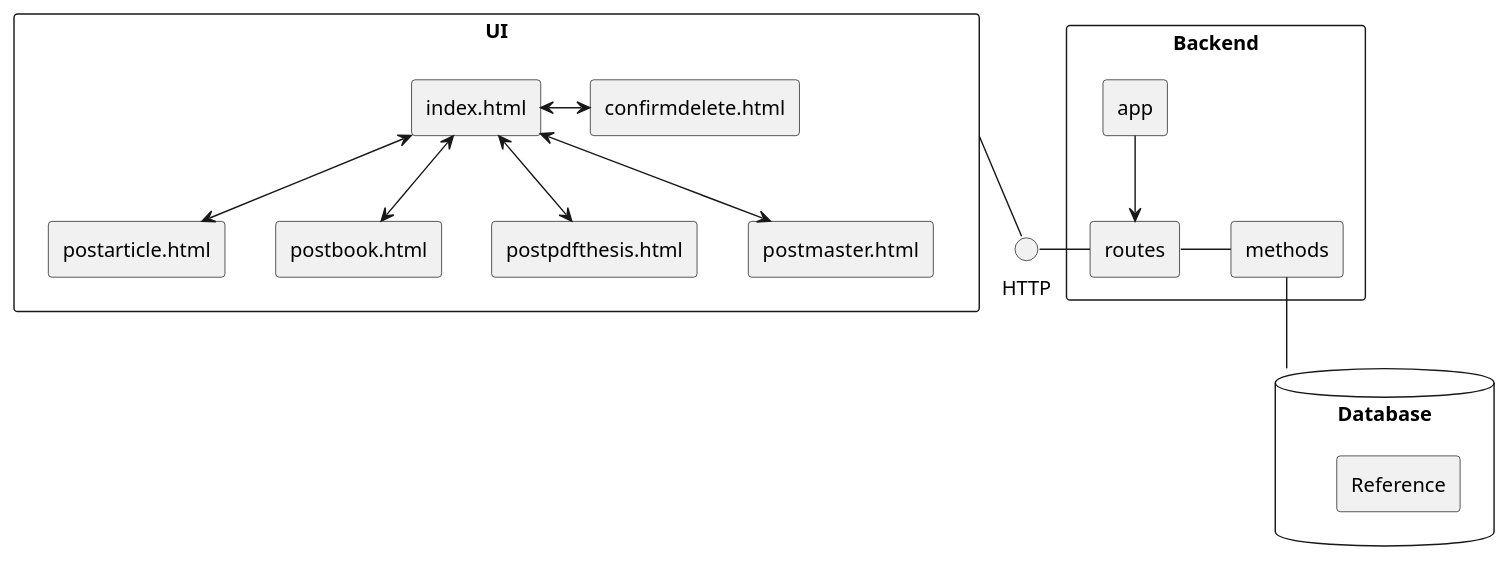
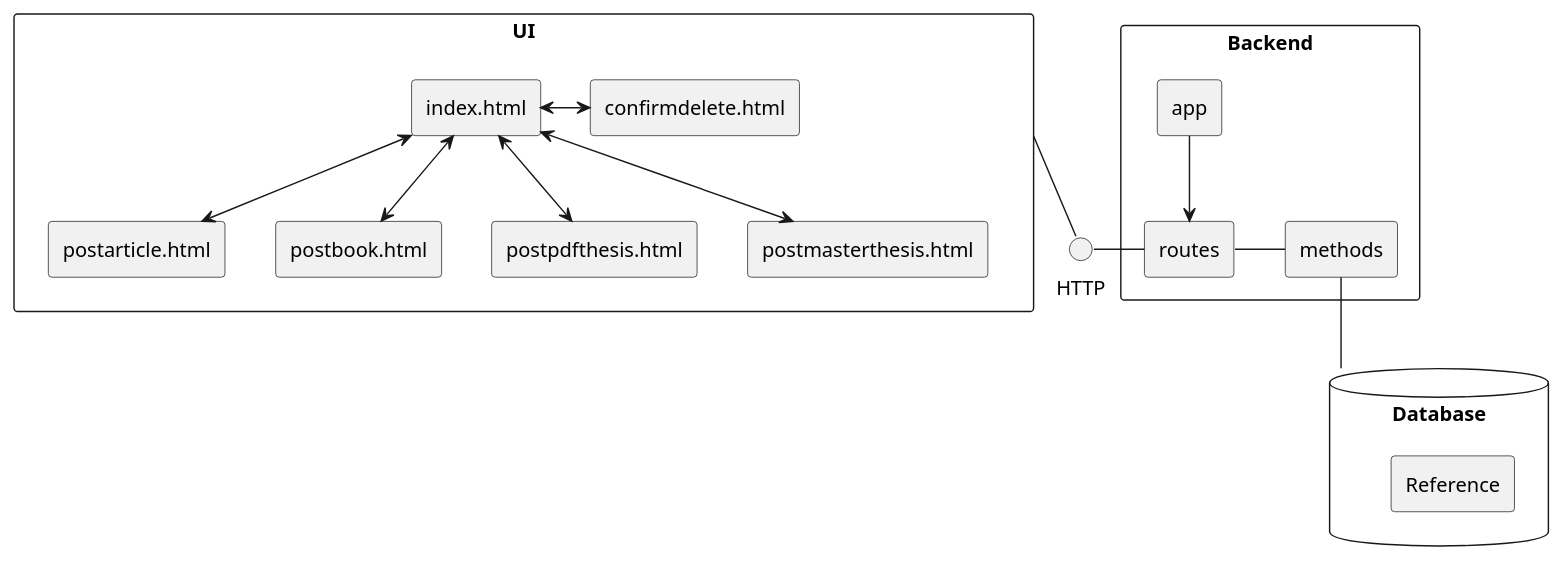
The diagram in doc/architecture.puml (thefakejj/miniprojekti), drawn with PlantUML before and after one commit. The commit also changed 12 other files, not shown here.

```diff
--- a/doc/architecture.puml
+++ b/doc/architecture.puml
@@ -1,43 +1,43 @@
 @startuml
 rectangle "UI" {  
     rectangle "index.html"    
     rectangle "postarticle.html"    
     rectangle "postbook.html"
     rectangle "postpdfthesis.html"
-    rectangle "postmaster.html"    
+    rectangle "postmasterthesis.html"    
     rectangle "confirmdelete.html"
     'rectangle "error.html"
 }
 
 rectangle "Backend" {
     rectangle "app"
     rectangle "routes"
     rectangle "methods"
 }
 
 database "Database" {
     rectangle "Reference"
 }
 
 interface HTTP
 
 index.html <--> postarticle.html
 index.html <--> postbook.html
 index.html <--> postpdfthesis.html
-index.html <--> postmaster.html
+index.html <--> postmasterthesis.html
 index.html <-right-> confirmdelete.html
 'postbook.html <--> error.html  
-'postmaster.html <--> error.html
+'postmasterthesis.html <--> error.html
 'confirmdelete.html <--> error.html
 
 
 UI -- HTTP
 HTTP - routes
 
 
 app --> routes
 routes - methods
 methods -- Database
 
 
 @enduml
```
